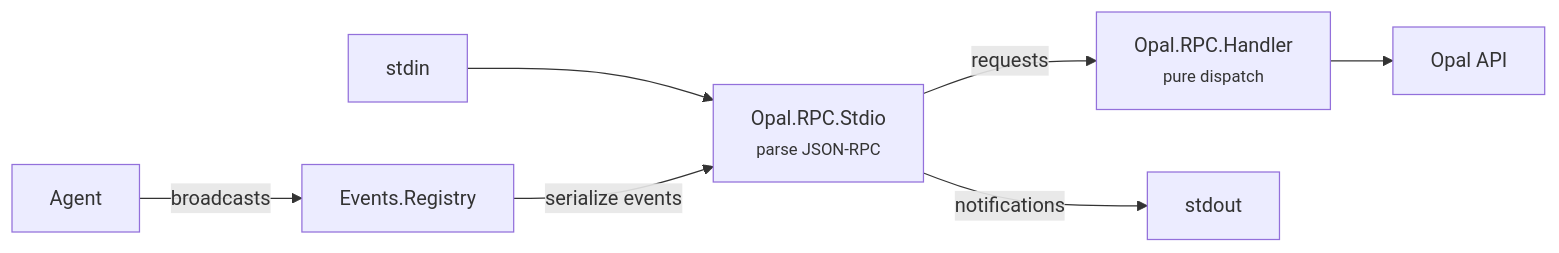
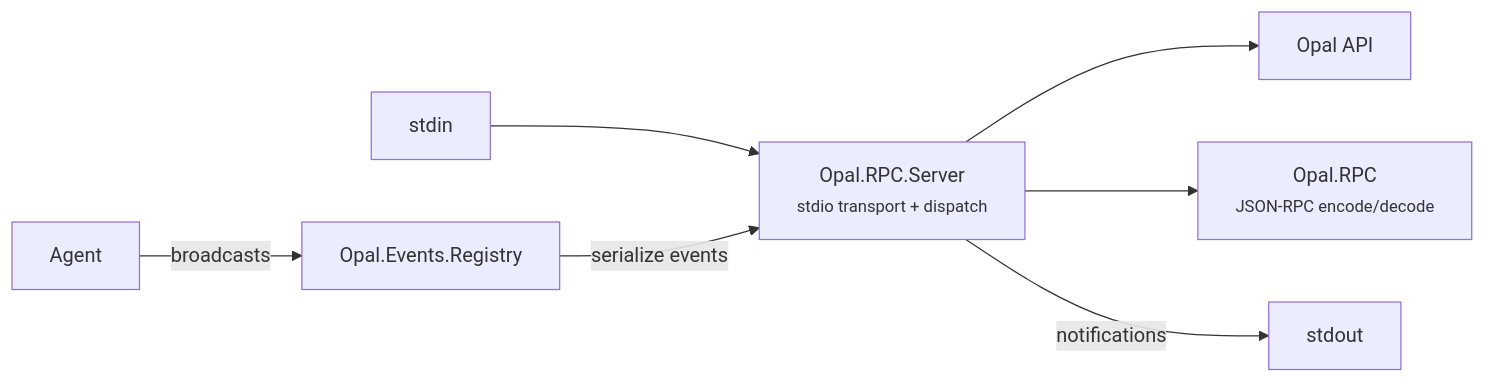
Before and after one commit to matteing/opal: the diagram in docs/rpc.md, drawn with Mermaid. The commit also changed other lines of this file and 37 other files, not shown here.

````diff
--- a/docs/rpc.md
+++ b/docs/rpc.md
@@ -109,9 +116,9 @@
 ```mermaid
 graph LR
-    stdin --> Stdio["Opal.RPC.Stdio<br/><small>parse JSON-RPC</small>"]
-    Stdio -- "requests" --> Handler["Opal.RPC.Handler<br/><small>pure dispatch</small>"]
-    Handler --> API["Opal API"]
-    Agent["Agent"] -- "broadcasts" --> Events["Events.Registry"]
-    Events -- "serialize events" --> Stdio
-    Stdio -- "notifications" --> stdout
+    stdin --> Server["Opal.RPC.Server<br/><small>stdio transport + dispatch</small>"]
+    Server --> API["Opal API"]
+    Server --> Codec["Opal.RPC<br/><small>JSON-RPC encode/decode</small>"]
+    Agent["Agent"] -- "broadcasts" --> Events["Opal.Events.Registry"]
+    Events -- "serialize events" --> Server
+    Server -- "notifications" --> stdout
 ```
````
